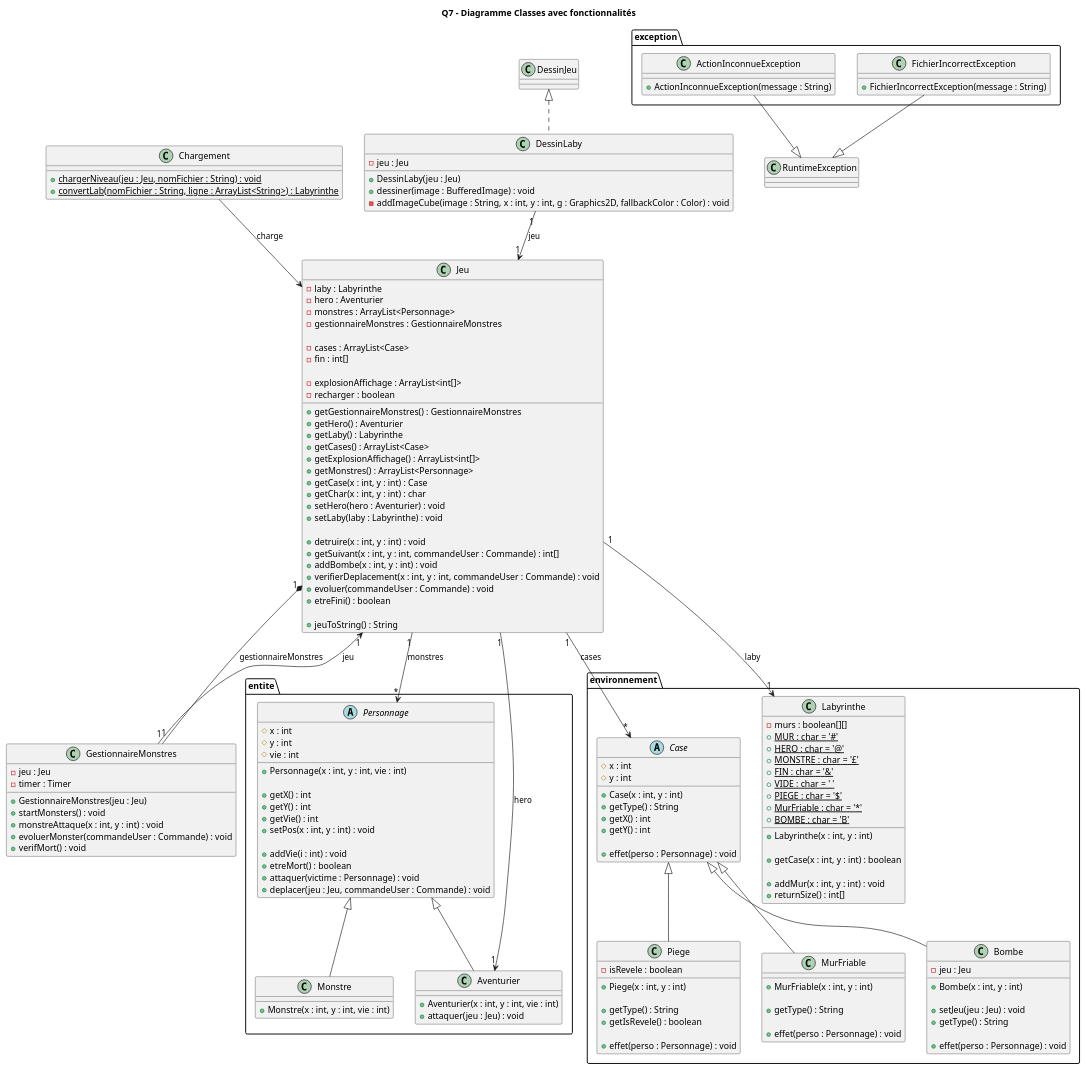
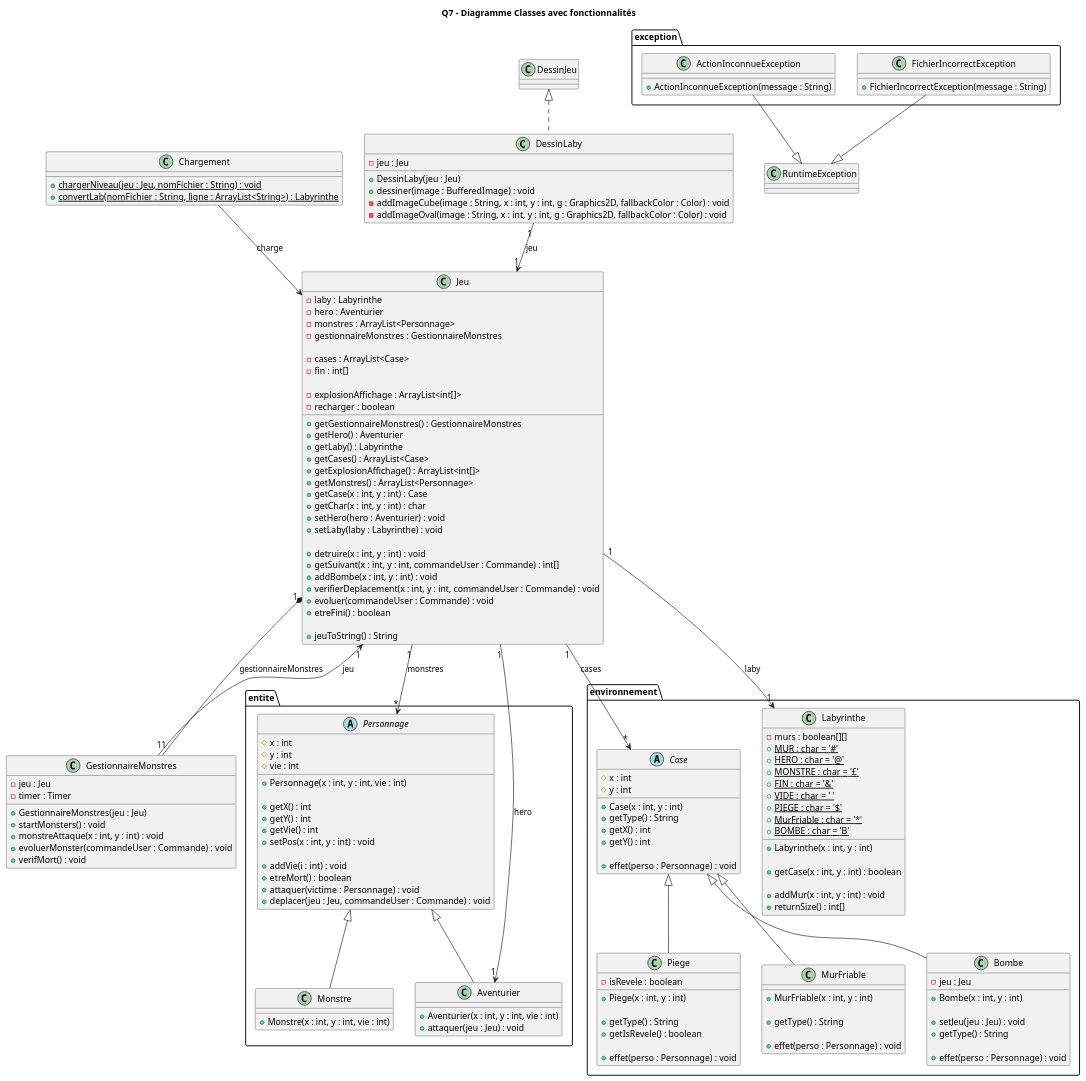
The diagram in documents/version_2/Q7 - Diagramme Classes avec fonctionnalités.puml (lucas-martinati-pro/SAE_S2.01_Zeldiablo-LucasM_JeanLM_PierreGSV), drawn with PlantUML before and after one commit. The commit also changed 1 other file, not shown here.

Commit message:
refactor: DessinLaby with addImageOval

```diff
--- a/documents/version_2/Q7 - Diagramme Classes avec fonctionnalités.puml
+++ b/documents/version_2/Q7 - Diagramme Classes avec fonctionnalités.puml
@@ -1,190 +1,191 @@
 @startuml
 title Q7 - Diagramme Classes avec fonctionnalités
 
 class "Jeu" {
     - laby : Labyrinthe
     - hero : Aventurier
     - monstres : ArrayList<Personnage>
     - gestionnaireMonstres : GestionnaireMonstres
 
     - cases : ArrayList<Case>
     - fin : int[]
 
     - explosionAffichage : ArrayList<int[]>
     - recharger : boolean
 
     + getGestionnaireMonstres() : GestionnaireMonstres
     + getHero() : Aventurier
     + getLaby() : Labyrinthe
     + getCases() : ArrayList<Case>
     + getExplosionAffichage() : ArrayList<int[]>
     + getMonstres() : ArrayList<Personnage>
     + getCase(x : int, y : int) : Case
     + getChar(x : int, y : int) : char
     + setHero(hero : Aventurier) : void
     + setLaby(laby : Labyrinthe) : void
 
     + detruire(x : int, y : int) : void
     + getSuivant(x : int, y : int, commandeUser : Commande) : int[]
     + addBombe(x : int, y : int) : void
     + verifierDeplacement(x : int, y : int, commandeUser : Commande) : void
     + evoluer(commandeUser : Commande) : void
     + etreFini() : boolean
 
     + jeuToString() : String
 }
 
 class GestionnaireMonstres {
     - jeu : Jeu
     - timer : Timer
 
     + GestionnaireMonstres(jeu : Jeu)
     + startMonsters() : void
     + monstreAttaque(x : int, y : int) : void
     + evoluerMonster(commandeUser : Commande) : void
     + verifMort() : void
 }
 
 class Chargement {
     + {static} chargerNiveau(jeu : Jeu, nomFichier : String) : void
     + {static} convertLab(nomFichier : String, ligne : ArrayList<String>) : Labyrinthe
 }
 
 class DessinLaby {
     - jeu : Jeu
 
     + DessinLaby(jeu : Jeu)
     + dessiner(image : BufferedImage) : void
     - addImageCube(image : String, x : int, y : int, g : Graphics2D, fallbackColor : Color) : void
+    - addImageOval(image : String, x : int, y : int, g : Graphics2D, fallbackColor : Color) : void
 }
 
 package "entite" {
     abstract class Personnage {
         # x : int
         # y : int
         # vie : int
 
         + Personnage(x : int, y : int, vie : int)
 
         + getX() : int
         + getY() : int
         + getVie() : int
         + setPos(x : int, y : int) : void
 
         + addVie(i : int) : void
         + etreMort() : boolean
         + attaquer(victime : Personnage) : void
         + deplacer(jeu : Jeu, commandeUser : Commande) : void
     }
 
     class Aventurier {
         + Aventurier(x : int, y : int, vie : int)
         + attaquer(jeu : Jeu) : void
     }
 
     class Monstre {
         + Monstre(x : int, y : int, vie : int)
     }
 }
 
 package "environnement" {
 
     abstract class Case {
         # x : int
         # y : int
 
         + Case(x : int, y : int)
         + getType() : String
         + getX() : int
         + getY() : int
 
         + effet(perso : Personnage) : void
     }
 
     class Labyrinthe {
         - murs : boolean[][]
         + {static} MUR : char = '#'
         + {static} HERO : char = '@'
         + {static} MONSTRE : char = '£'
         + {static} FIN : char = '&'
         + {static} VIDE : char = ' '
         + {static} PIEGE : char = '$'
         + {static} MurFriable : char = '*'
         + {static} BOMBE : char = 'B'
 
         + Labyrinthe(x : int, y : int)
 
         + getCase(x : int, y : int) : boolean
 
         + addMur(x : int, y : int) : void
         + returnSize() : int[]
     }
 
     class Piege {
         - isRevele : boolean
 
         + Piege(x : int, y : int)
 
         + getType() : String
         + getIsRevele() : boolean
 
         + effet(perso : Personnage) : void
     }
 
     class MurFriable {
         + MurFriable(x : int, y : int)
 
         + getType() : String
 
         + effet(perso : Personnage) : void
     }
 
     class Bombe {
         - jeu : Jeu
 
         + Bombe(x : int, y : int)
 
         + setJeu(jeu : Jeu) : void
         + getType() : String
 
         + effet(perso : Personnage) : void
     }
 }
 
 package "exception" {
     class ActionInconnueException {
         + ActionInconnueException(message : String)
     }
 
     class FichierIncorrectException {
         + FichierIncorrectException(message : String)
     }
 }
 
 ' ========================
 ' Relations
 ' ========================
 Case <|-- Piege
 Case <|-- MurFriable
 Case <|-- Bombe
 
 Personnage <|-- Aventurier
 Personnage <|-- Monstre
 
 ActionInconnueException --|> RuntimeException
 FichierIncorrectException --|> RuntimeException
 
 DessinJeu <|.. DessinLaby
 
 Jeu "1" --> "1" Labyrinthe : laby
 Jeu "1" --> "1" Aventurier : hero
 Jeu "1" *-- "1" GestionnaireMonstres : gestionnaireMonstres
 Jeu "1" --> "*" Personnage : monstres
 Jeu "1" --> "*" Case : cases
 
 GestionnaireMonstres "1" --> "1" Jeu : jeu
 Chargement --> Jeu : charge
 
 DessinLaby "1" --> "1" Jeu : jeu
 
 @enduml
```
